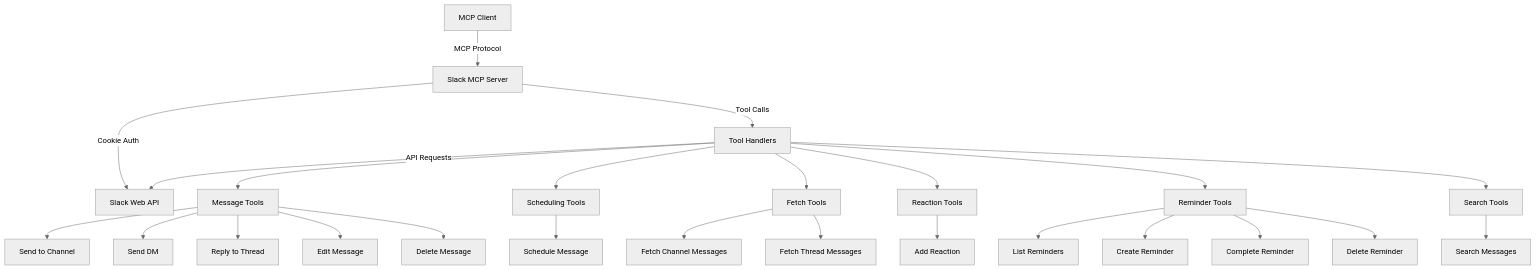
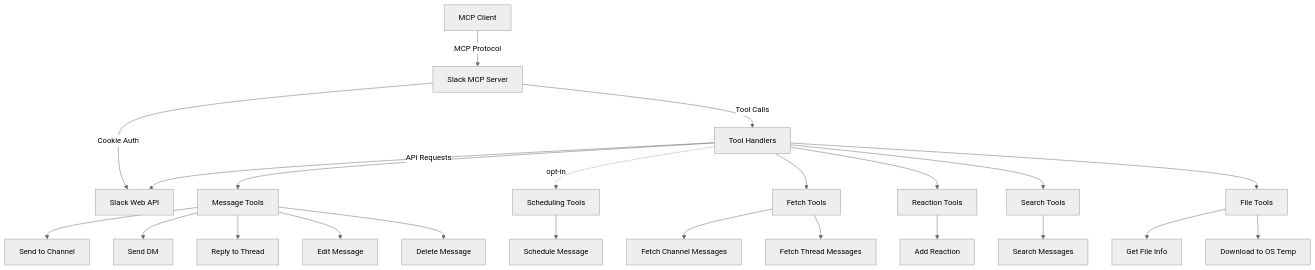
One commit to berialcheng/slack-local-mcp changed the diagram in ARCHITECTURE.md. Above: the diagram before and after it, drawn with Mermaid (neutral theme). The commit also changed other lines of this file and 34 other files, not shown here.

````diff
--- a/ARCHITECTURE.md
+++ b/ARCHITECTURE.md
@@ -21,34 +28,32 @@
 ```mermaid
 graph TB
     A[MCP Client] -->|MCP Protocol| B[Slack MCP Server]
     B -->|Cookie Auth| C[Slack Web API]
     B -->|Tool Calls| D[Tool Handlers]
     D -->|API Requests| C
-    
+
     D --> E[Message Tools]
-    D --> F[Scheduling Tools]
+    D -. opt-in .-> F[Scheduling Tools]
     D --> G[Fetch Tools]
     D --> H[Reaction Tools]
-    D --> I[Reminder Tools]
     D --> J[Search Tools]
-    
+    D --> K[File Tools]
+
     E --> E1[Send to Channel]
     E --> E2[Send DM]
     E --> E3[Reply to Thread]
     E --> E4[Edit Message]
     E --> E5[Delete Message]
-    
+
     F --> F1[Schedule Message]
-    
+
     G --> G1[Fetch Channel Messages]
     G --> G2[Fetch Thread Messages]
-    
+
     H --> H1[Add Reaction]
-    
-    I --> I1[List Reminders]
-    I --> I2[Create Reminder]
-    I --> I3[Complete Reminder]
-    I --> I4[Delete Reminder]
-    
+
     J --> J1[Search Messages]
+
+    K --> K1[Get File Info]
+    K --> K2[Download to OS Temp]
 ```
````
